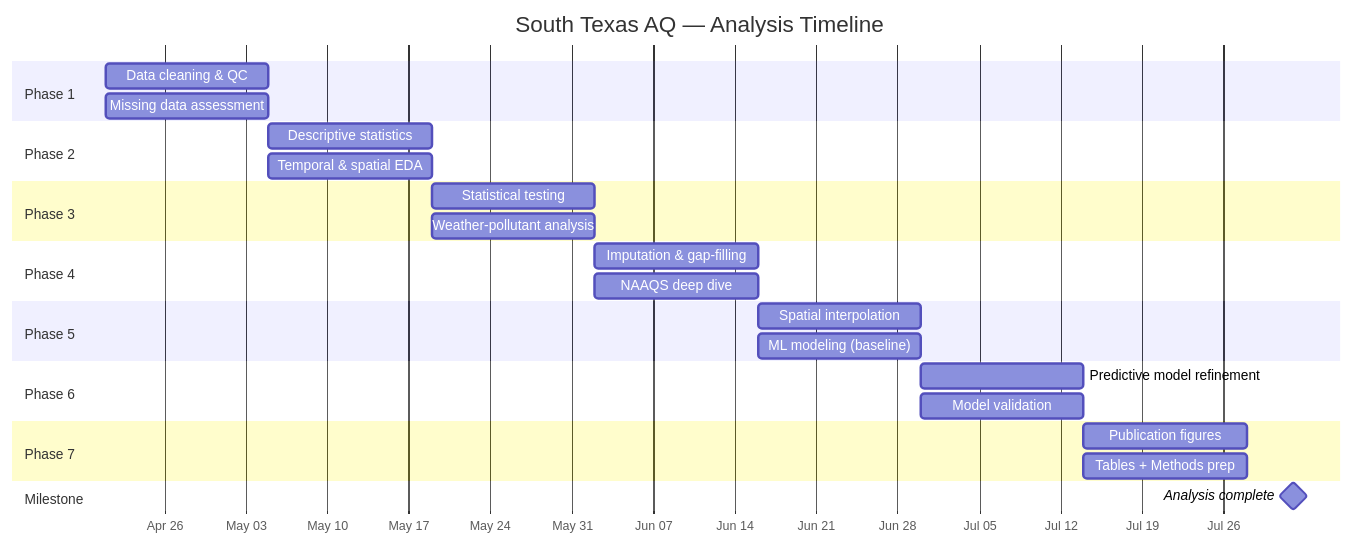
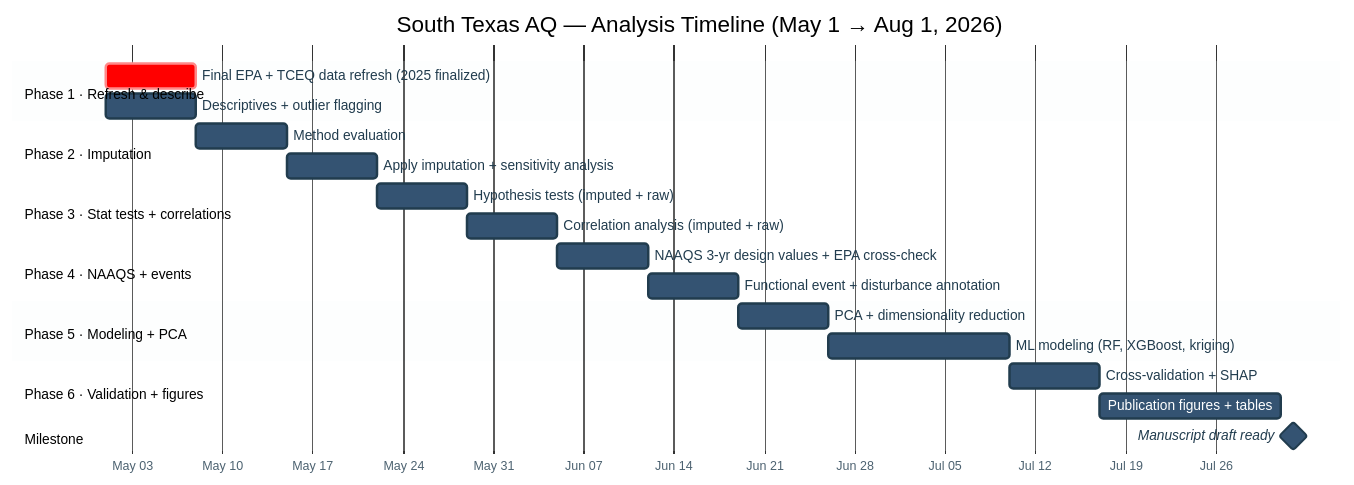
The first of 2 diagrams in pipeline/docs/16_project_timeline.md (AidanJMeyers/south-texas-aq-pipeline), drawn with Mermaid before and after one commit. The commit also changed other lines of this file and 7 other files, not shown here.

````diff
--- a/pipeline/docs/16_project_timeline.md
+++ b/pipeline/docs/16_project_timeline.md
@@ -16,37 +16,46 @@
 ```mermaid
+%%{init: {'theme':'base','themeVariables':{
+    'fontFamily':'Arial',
+    'fontSize':'14px',
+    'primaryColor':'#FFFFFF',
+    'primaryTextColor':'#213c4e',
+    'primaryBorderColor':'#213c4e',
+    'lineColor':'#6b7a85',
+    'sectionBkgColor':'#F5F7F9',
+    'taskBkgColor':'#345372',
+    'taskTextColor':'#FFFFFF',
+    'taskBorderColor':'#213c4e',
+    'gridColor':'#CCCCCC'
+}}}%%
 gantt
-    title South Texas AQ — Analysis Timeline
+    title South Texas AQ — Analysis Timeline (May 1 → Aug 1, 2026)
     dateFormat YYYY-MM-DD
     axisFormat %b %d
 
-    section Phase 1
-    Data cleaning & QC           :a1, 2026-04-21, 2w
-    Missing data assessment      :a2, 2026-04-21, 2w
+    section Phase 1 · Refresh & describe
+    Final EPA + TCEQ data refresh (2025 finalized) :crit, p1a, 2026-05-01, 1w
+    Descriptives + outlier flagging                :p1b, 2026-05-01, 1w
 
-    section Phase 2
-    Descriptive statistics       :b1, 2026-05-05, 2w
-    Temporal & spatial EDA       :b2, 2026-05-05, 2w
+    section Phase 2 · Imputation
+    Method evaluation                              :p2a, 2026-05-08, 1w
+    Apply imputation + sensitivity analysis        :p2b, 2026-05-15, 1w
 
-    section Phase 3
-    Statistical testing          :c1, 2026-05-19, 2w
-    Weather-pollutant analysis   :c2, 2026-05-19, 2w
+    section Phase 3 · Stat tests + correlations
+    Hypothesis tests (imputed + raw)               :p3a, 2026-05-22, 1w
+    Correlation analysis (imputed + raw)           :p3b, 2026-05-29, 1w
 
-    section Phase 4
-    Imputation & gap-filling     :d1, 2026-06-02, 2w
-    NAAQS deep dive              :d2, 2026-06-02, 2w
+    section Phase 4 · NAAQS + events
+    NAAQS 3-yr design values + EPA cross-check     :p4a, 2026-06-05, 1w
+    Functional event + disturbance annotation      :p4b, 2026-06-12, 1w
 
-    section Phase 5
-    Spatial interpolation        :e1, 2026-06-16, 2w
-    ML modeling (baseline)       :e2, 2026-06-16, 2w
+    section Phase 5 · Modeling + PCA
+    PCA + dimensionality reduction                 :p5a, 2026-06-19, 1w
+    ML modeling (RF, XGBoost, kriging)             :p5b, 2026-06-26, 2w
 
-    section Phase 6
-    Predictive model refinement  :f1, 2026-06-30, 2w
-    Model validation             :f2, 2026-06-30, 2w
-
-    section Phase 7
-    Publication figures          :g1, 2026-07-14, 2w
-    Tables + Methods prep        :g2, 2026-07-14, 2w
+    section Phase 6 · Validation + figures
+    Cross-validation + SHAP                        :p6a, 2026-07-10, 1w
+    Publication figures + tables                   :p6b, 2026-07-17, 2w
 
     section Milestone
-    Analysis complete            :milestone, 2026-08-01, 0d
+    Manuscript draft ready                         :milestone, 2026-08-01, 0d
 ```
````
